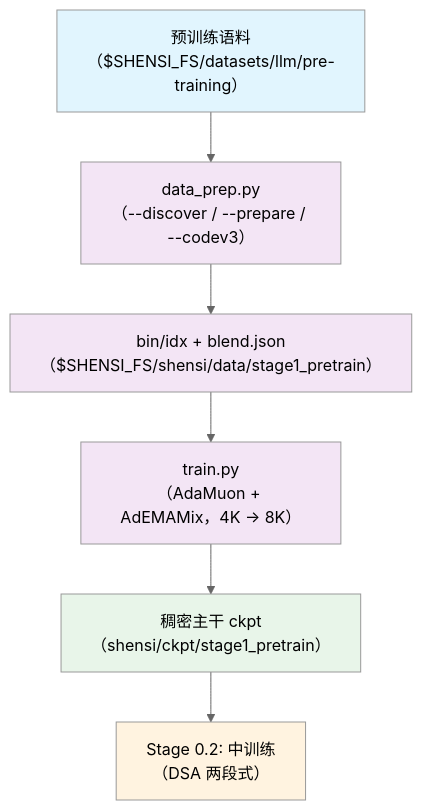
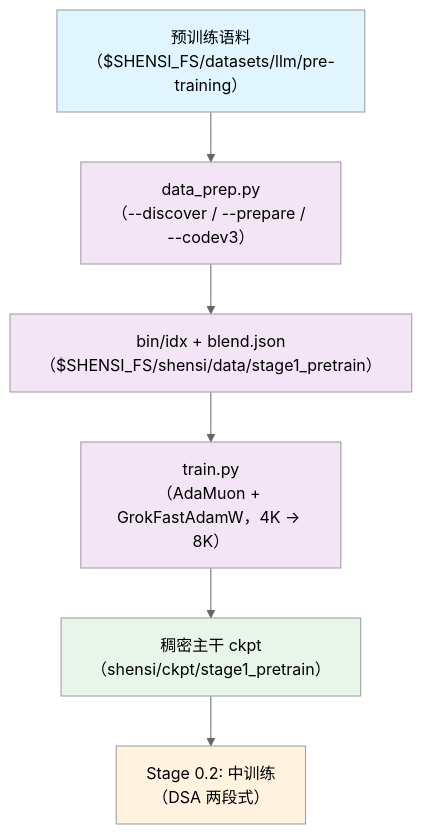
The diagram in src/shensi/recipes/shensi/stage0_pretrain/stage1_pretrain/README.md (zongzhilou/shensi), drawn with Mermaid (neutral theme) before and after one commit. The commit also changed other lines of this file and 76 other files, not shown here.

First line of the commit message:
优化器口径统一：全部档的标量腿换成 GrokFastAdamW（AdaMuon 矩阵腿不变）

````diff
--- a/src/shensi/recipes/shensi/stage0_pretrain/stage1_pretrain/README.md
+++ b/src/shensi/recipes/shensi/stage0_pretrain/stage1_pretrain/README.md
@@ -197,15 +198,15 @@
 ```mermaid
 flowchart TB
     raw["预训练语料<br/>（$SHENSI_FS/datasets/llm/pre-training）"] --> dp["data_prep.py<br/>（--discover / --prepare / --codev3）"]
     dp --> data["bin/idx + blend.json<br/>（$SHENSI_FS/shensi/data/stage1_pretrain）"]
-    data --> train["train.py<br/>（AdaMuon + AdEMAMix，4K → 8K）"]
+    data --> train["train.py<br/>（AdaMuon + GrokFastAdamW，4K → 8K）"]
     train --> ckpt["稠密主干 ckpt<br/>（shensi/ckpt/stage1_pretrain）"]
     ckpt --> next["Stage 0.2: 中训练<br/>（DSA 两段式）"]
 
     style raw fill:#e1f5fe
     style dp fill:#f3e5f5
     style data fill:#f3e5f5
     style train fill:#f3e5f5
     style ckpt fill:#e8f5e9
     style next fill:#fff3e0
 ```
````
